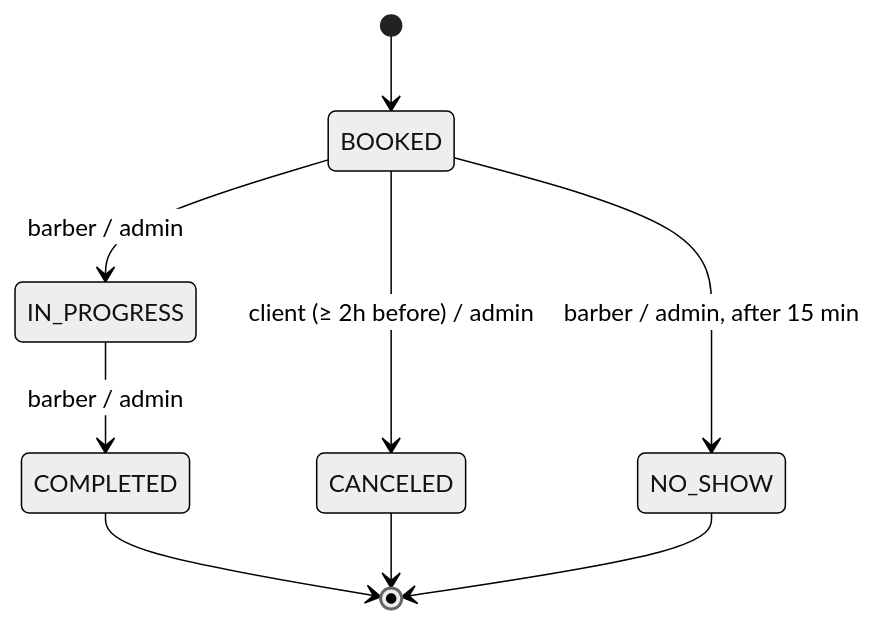
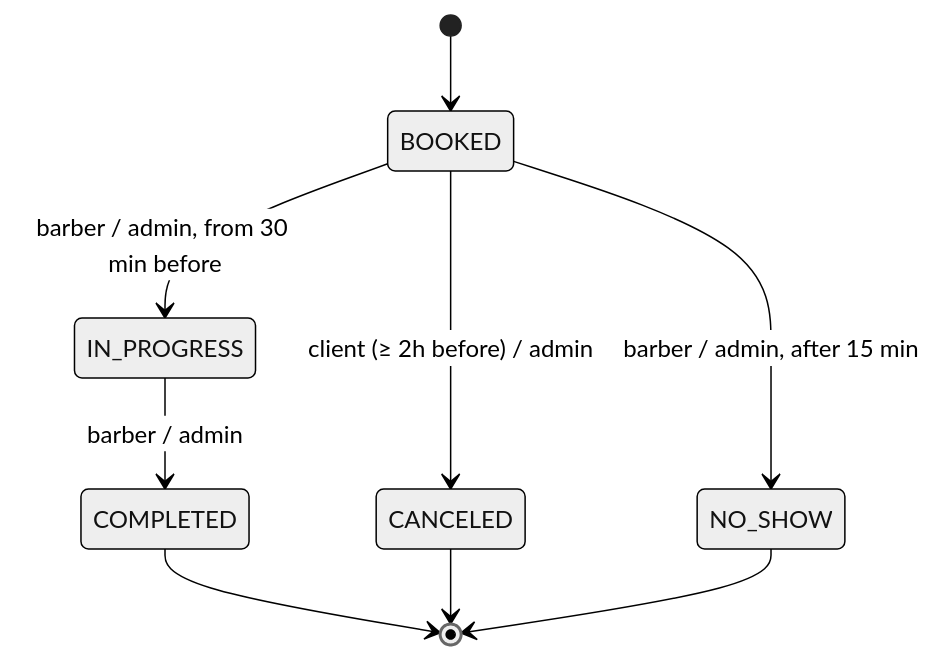
One commit to 33Cerberus/chairtime changed the second of 5 diagrams in docs/data-model.md. Above: the diagram before and after it, drawn with Mermaid (neutral theme). The commit also changed other lines of this file and 95 other files, not shown here.

````diff
--- a/docs/data-model.md
+++ b/docs/data-model.md
@@ -189,11 +246,11 @@
 ```mermaid
 stateDiagram-v2
     [*] --> BOOKED
-    BOOKED --> IN_PROGRESS : barber / admin
+    BOOKED --> IN_PROGRESS : barber / admin, from 30 min before
     BOOKED --> CANCELED : client (≥ 2h before) / admin
     BOOKED --> NO_SHOW : barber / admin, after 15 min
     IN_PROGRESS --> COMPLETED : barber / admin
     COMPLETED --> [*]
     CANCELED --> [*]
     NO_SHOW --> [*]
 ```
````
